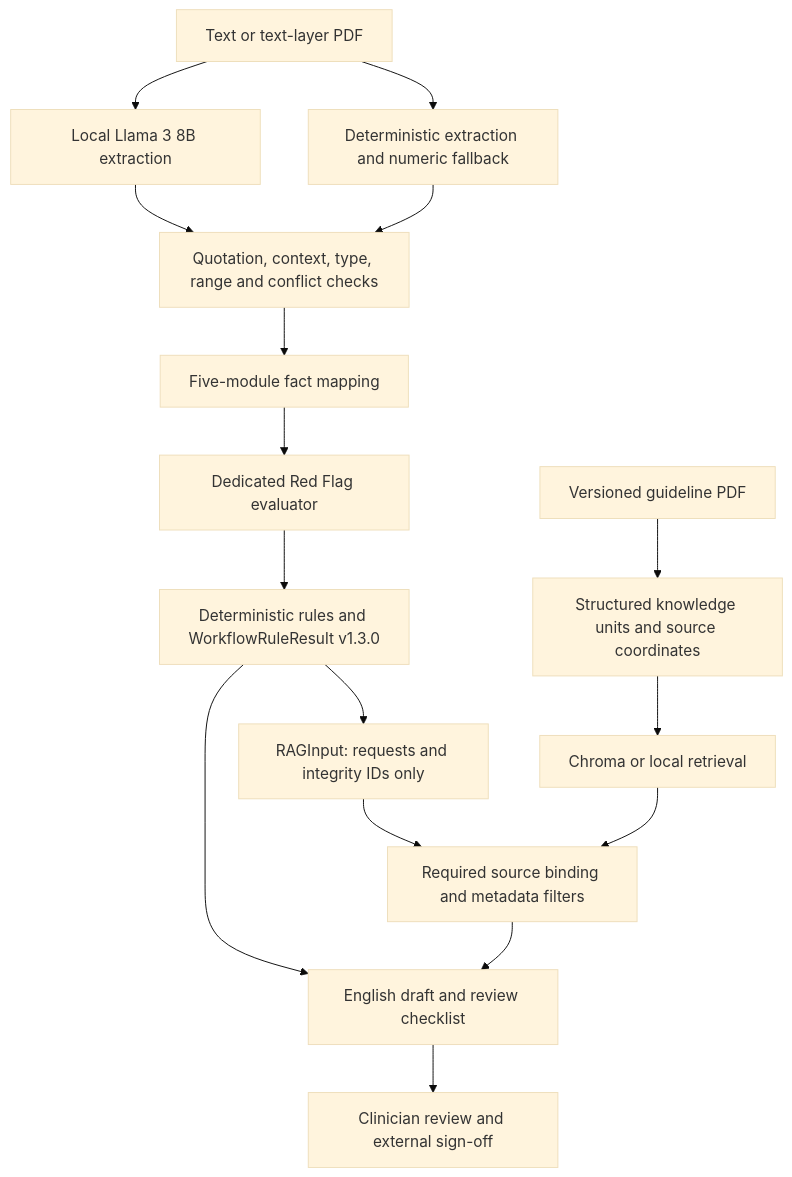
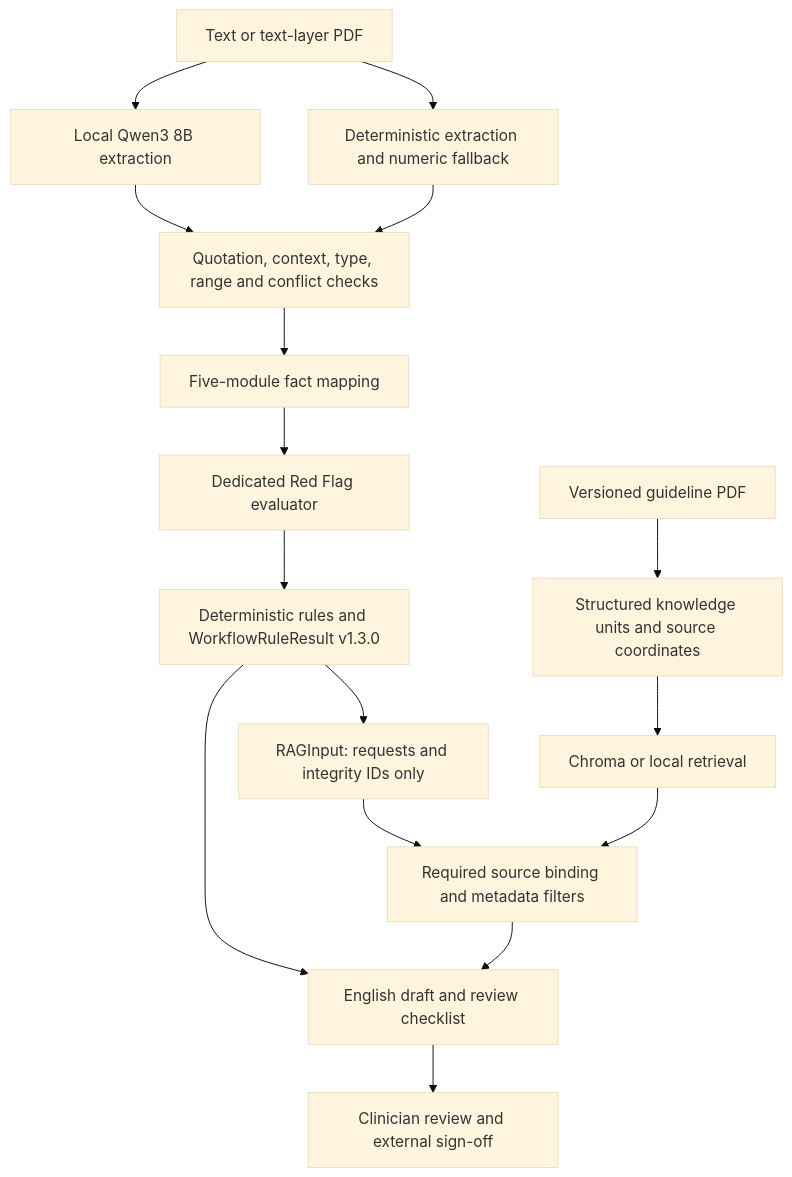
Before and after one commit to Zicheng-Xie/Occupational-Fitness-Platform: the diagram in docs/architecture.md, drawn with Mermaid (base theme). The commit also changed other lines of this file and 49 other files, not shown here.

````diff
--- a/docs/architecture.md
+++ b/docs/architecture.md
@@ -5,18 +5,18 @@
 ```mermaid
 flowchart TD
-  A[Text or text-layer PDF] --> B[Local Llama 3 8B extraction]
+  A[Text or text-layer PDF] --> B[Local Qwen3 8B extraction]
   A --> C[Deterministic extraction and numeric fallback]
   B --> D[Quotation, context, type, range and conflict checks]
   C --> D
   D --> E[Five-module fact mapping]
   E --> F[Dedicated Red Flag evaluator]
   F --> R[Deterministic rules and WorkflowRuleResult v1.3.0]
   R --> Q[RAGInput: requests and integrity IDs only]
   G[Versioned guideline PDF] --> H[Structured knowledge units and source coordinates]
   H --> I[Chroma or local retrieval]
   Q --> J[Required source binding and metadata filters]
   I --> J
   R --> K[English draft and review checklist]
   J --> K
   K --> L[Clinician review and external sign-off]
 ```
````
